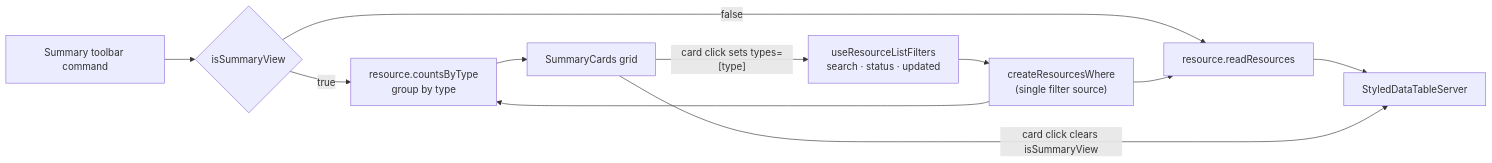
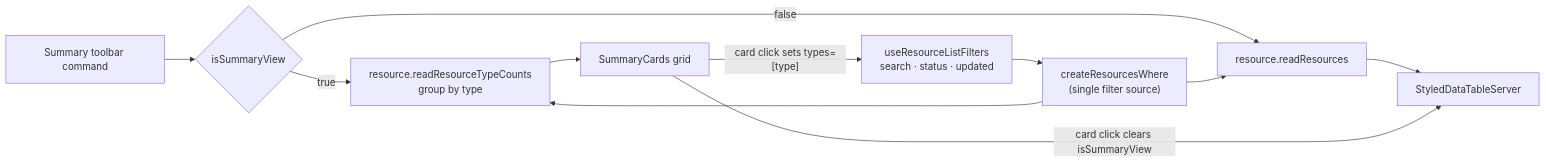
The diagram in packages/app/content/docs/platform/summary-view.md (Esposter/Esposter), drawn with Mermaid before and after one commit. The commit also changed other lines of this file and 34 other files, not shown here.

````diff
--- a/packages/app/content/docs/platform/summary-view.md
+++ b/packages/app/content/docs/platform/summary-view.md
@@ -16,11 +16,11 @@
 ```mermaid
 flowchart LR
   TOGGLE["Summary toolbar command"] --> MODE{"isSummaryView"}
   STATE["useResourceListFilters<br/>search · status · updated"] --> WHERE["createResourcesWhere<br/>(single filter source)"]
   MODE -->|false| RR["resource.readResources"] --> TABLE["StyledDataTableServer"]
-  MODE -->|true| CBT["resource.countsByType<br/>group by type"] --> CARDS["SummaryCards grid"]
+  MODE -->|true| CBT["resource.readResourceTypeCounts<br/>group by type"] --> CARDS["SummaryCards grid"]
   WHERE --> RR
   WHERE --> CBT
   CARDS -->|"card click sets types=[type]"| STATE
   CARDS -->|"card click clears isSummaryView"| TABLE
 ```
````
